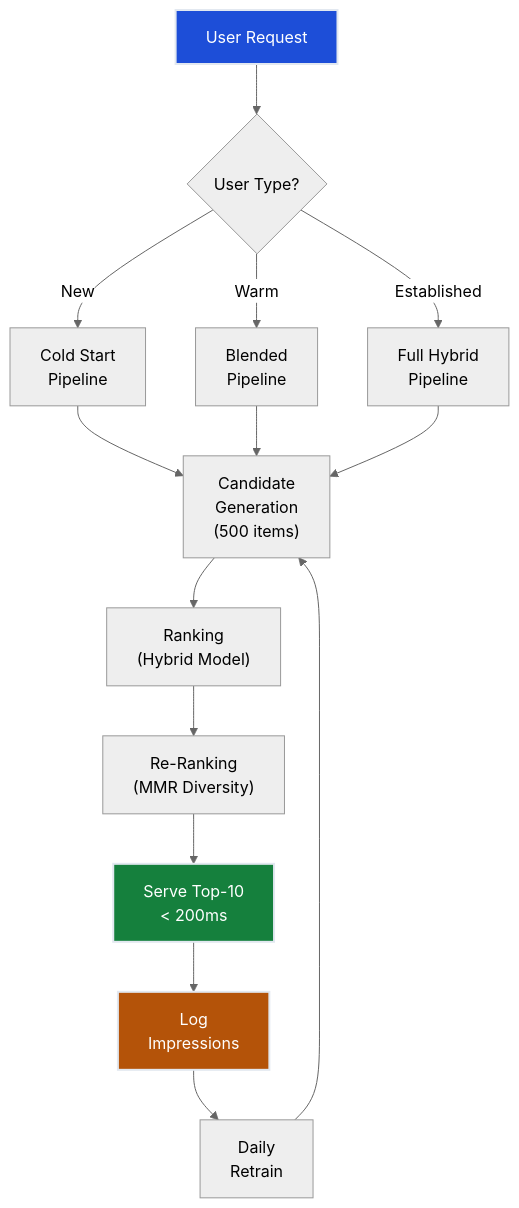
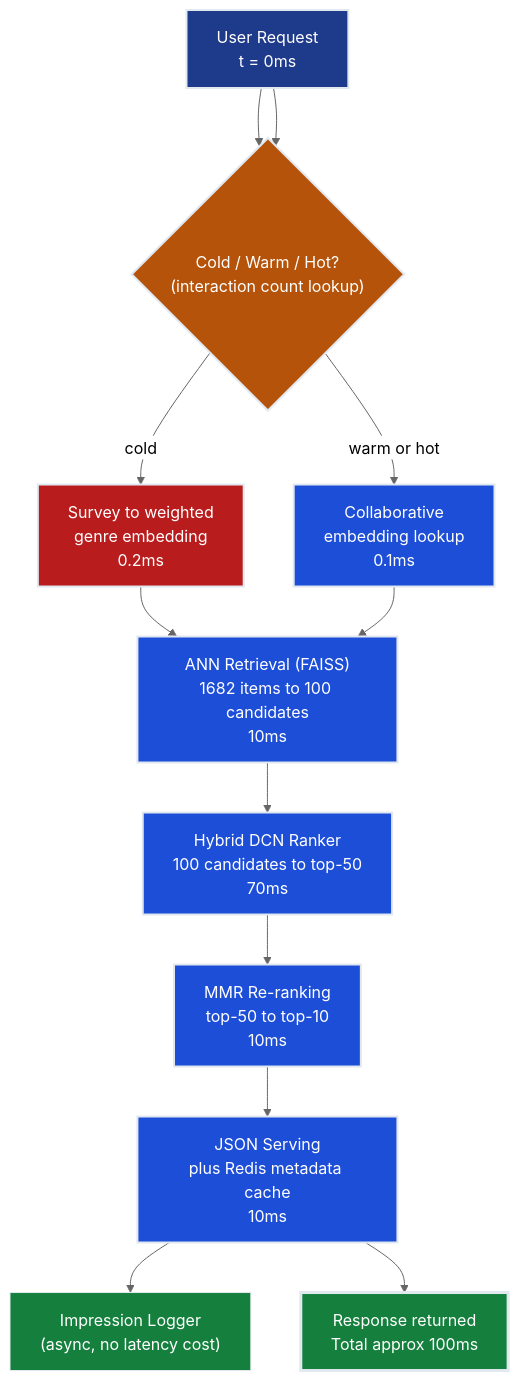
One commit to deepakshamsft/ai-portfolio changed the third of 4 diagrams in notes/01-ml/04_recommender_systems/ch06_cold_start_production/README.md. Above: the diagram before and after it, drawn with Mermaid (neutral theme). The commit also changed other lines of this file and 727 other files, not shown here.

````diff
--- a/notes/01-ml/04_recommender_systems/ch06_cold_start_production/README.md
+++ b/notes/01-ml/04_recommender_systems/ch06_cold_start_production/README.md
@@ -403,23 +484,41 @@
 ```mermaid
 flowchart TB
-    REQ["User Request"] --> GATE{"User Type?"}
-    GATE -->|"New"| COLD["Cold Start<br/>Pipeline"]
-    GATE -->|"Warm"| BLEND["Blended<br/>Pipeline"]
-    GATE -->|"Established"| FULL["Full Hybrid<br/>Pipeline"]
-    
-    COLD --> CAND["Candidate<br/>Generation<br/>(500 items)"]
-    BLEND --> CAND
-    FULL --> CAND
-    
-    CAND --> RANK["Ranking<br/>(Hybrid Model)"]
-    RANK --> RERANK["Re-Ranking<br/>(MMR Diversity)"]
-    RERANK --> SERVE["Serve Top-10<br/>< 200ms"]
-    
-    SERVE --> LOG["Log<br/>Impressions"]
-    LOG --> RETRAIN["Daily<br/>Retrain"]
-    RETRAIN --> CAND
-    
-    style REQ fill:#1d4ed8,stroke:#e2e8f0,stroke-width:2px,color:#ffffff
-    style SERVE fill:#15803d,stroke:#e2e8f0,stroke-width:2px,color:#ffffff
-    style LOG fill:#b45309,stroke:#e2e8f0,stroke-width:2px,color:#ffffff
+    REQ["User Request<br/>t = 0ms"] --> ROUTE{"Cold / Warm / Hot?<br/>(interaction count lookup)"}
+
+    COLD_EMB["Survey to weighted<br/>genre embedding<br/>0.2ms"]
+    COLLAB_EMB["Collaborative<br/>embedding lookup<br/>0.1ms"]
+
+    ANN["ANN Retrieval (FAISS)<br/>1682 items to 100 candidates<br/>10ms"]
+
+    RANK["Hybrid DCN Ranker<br/>100 candidates to top-50<br/>70ms"]
+
+    MMR["MMR Re-ranking<br/>top-50 to top-10<br/>10ms"]
+
+    SERVE["JSON Serving<br/>plus Redis metadata cache<br/>10ms"]
+
+    LOG["Impression Logger<br/>(async, no latency cost)"]
+
+    RESP["Response returned<br/>Total approx 100ms"]
+
+    REQ --> ROUTE
+    ROUTE -->|"cold"| COLD_EMB
+    ROUTE -->|"warm or hot"| COLLAB_EMB
+    COLD_EMB --> ANN
+    COLLAB_EMB --> ANN
+    ANN --> RANK
+    RANK --> MMR
+    MMR --> SERVE
+    SERVE --> LOG
+    SERVE --> RESP
+
+    style REQ fill:#1e3a8a,stroke:#e2e8f0,stroke-width:2px,color:#ffffff
+    style ROUTE fill:#b45309,stroke:#e2e8f0,stroke-width:2px,color:#ffffff
+    style COLD_EMB fill:#b91c1c,stroke:#e2e8f0,stroke-width:2px,color:#ffffff
+    style COLLAB_EMB fill:#1d4ed8,stroke:#e2e8f0,stroke-width:2px,color:#ffffff
+    style ANN fill:#1d4ed8,stroke:#e2e8f0,stroke-width:2px,color:#ffffff
+    style RANK fill:#1d4ed8,stroke:#e2e8f0,stroke-width:2px,color:#ffffff
+    style MMR fill:#1d4ed8,stroke:#e2e8f0,stroke-width:2px,color:#ffffff
+    style SERVE fill:#1d4ed8,stroke:#e2e8f0,stroke-width:2px,color:#ffffff
+    style RESP fill:#15803d,stroke:#e2e8f0,stroke-width:3px,color:#ffffff
+    style LOG fill:#15803d,stroke:#e2e8f0,stroke-width:1px,color:#ffffff
 ```
````
